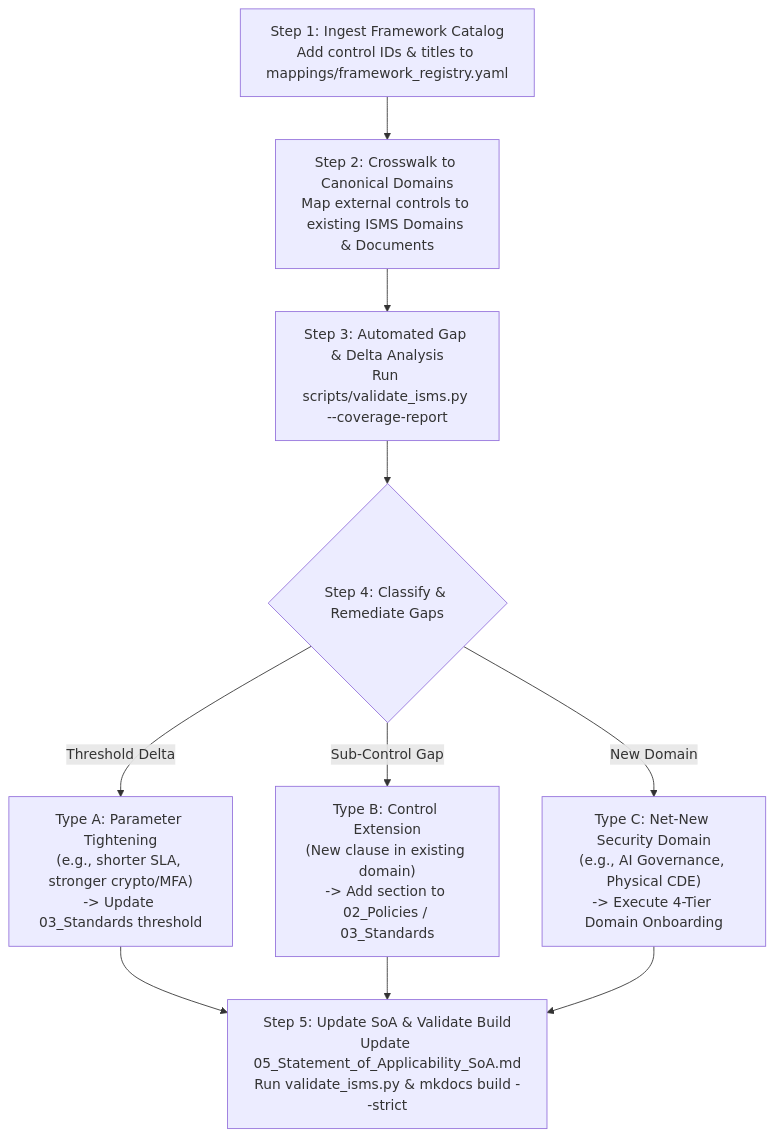
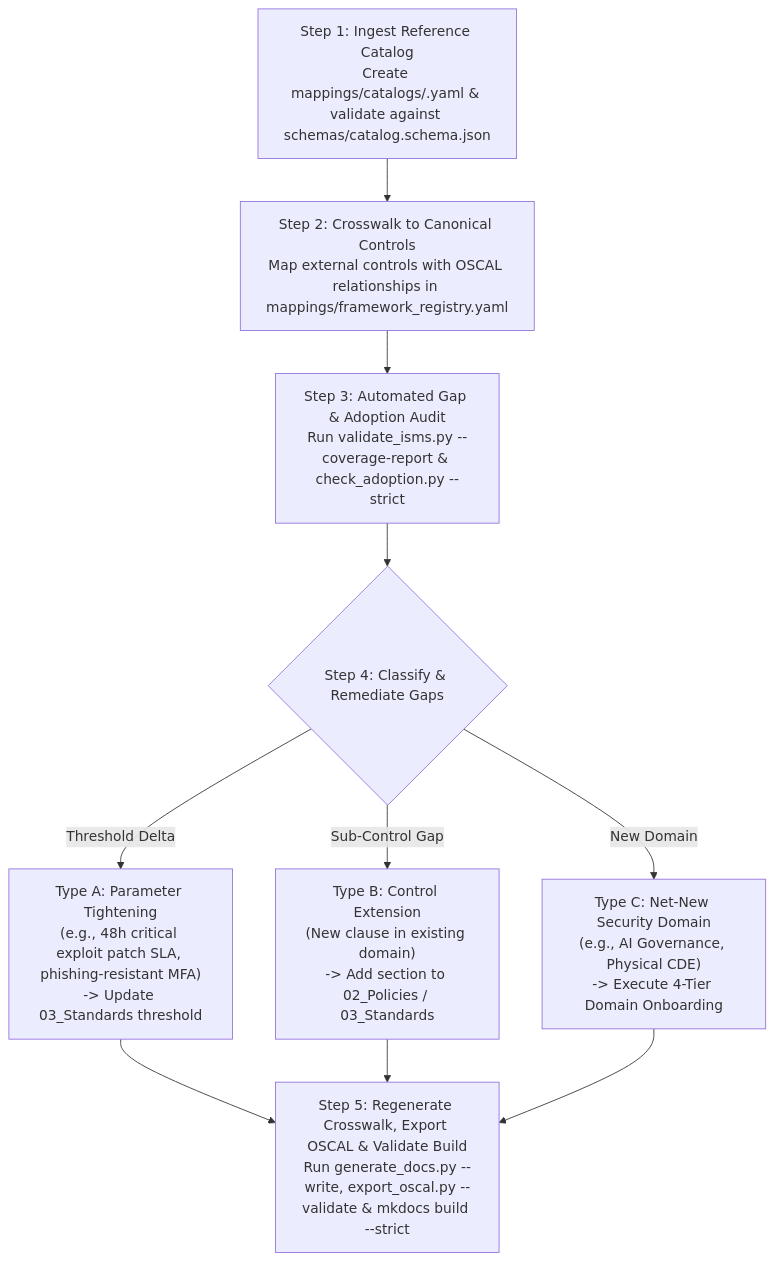
Before and after one commit to craetive-australia/security-standards-template: the second of 2 diagrams in docs/01_ISMS_Framework/07_Framework_and_Domain_Onboarding_Guide.md, drawn with Mermaid. The commit also changed other lines of this file and 64 other files, not shown here.

First line of the commit message:
feat(compliance): execute v2.0 modernization roadmap (R1-R5)

````diff
--- a/docs/01_ISMS_Framework/07_Framework_and_Domain_Onboarding_Guide.md
+++ b/docs/01_ISMS_Framework/07_Framework_and_Domain_Onboarding_Guide.md
@@ -56,19 +62,19 @@
 ```mermaid
 flowchart TD
-    S1["Step 1: Ingest Framework Catalog\nAdd control IDs & titles to mappings/framework_registry.yaml"]
-    S2["Step 2: Crosswalk to Canonical Domains\nMap external controls to existing ISMS Domains & Documents"]
-    S3["Step 3: Automated Gap & Delta Analysis\nRun scripts/validate_isms.py --coverage-report"]
+    S1["Step 1: Ingest Reference Catalog\nCreate mappings/catalogs/<framework>.yaml & validate against schemas/catalog.schema.json"]
+    S2["Step 2: Crosswalk to Canonical Controls\nMap external controls with OSCAL relationships in mappings/framework_registry.yaml"]
+    S3["Step 3: Automated Gap & Adoption Audit\nRun validate_isms.py --coverage-report & check_adoption.py --strict"]
     S4{"Step 4: Classify & Remediate Gaps"}
-    S4A["Type A: Parameter Tightening\n(e.g., shorter SLA, stronger crypto/MFA)\n-> Update 03_Standards threshold"]
+    S4A["Type A: Parameter Tightening\n(e.g., 48h critical exploit patch SLA, phishing-resistant MFA)\n-> Update 03_Standards threshold"]
     S4B["Type B: Control Extension\n(New clause in existing domain)\n-> Add section to 02_Policies / 03_Standards"]
     S4C["Type C: Net-New Security Domain\n(e.g., AI Governance, Physical CDE)\n-> Execute 4-Tier Domain Onboarding"]
-    S5["Step 5: Update SoA & Validate Build\nUpdate 05_Statement_of_Applicability_SoA.md\nRun validate_isms.py & mkdocs build --strict"]
+    S5["Step 5: Regenerate Crosswalk, Export OSCAL & Validate Build\nRun generate_docs.py --write, export_oscal.py --validate & mkdocs build --strict"]
 
     S1 --> S2 --> S3 --> S4
     S4 -->|"Threshold Delta"| S4A
     S4 -->|"Sub-Control Gap"| S4B
     S4 -->|"New Domain"| S4C
     S4A --> S5
     S4B --> S5
     S4C --> S5
 ```
````
